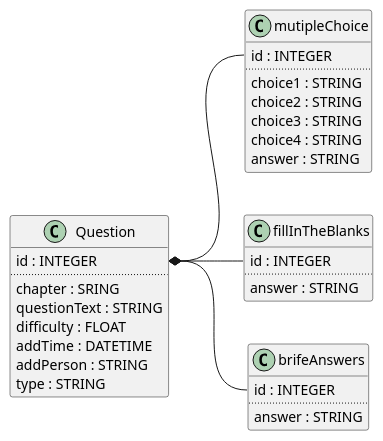
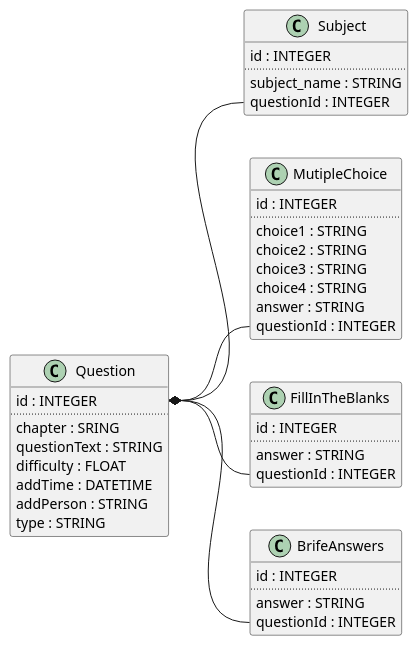
The diagram in ER/Models.puml (Chandler-Bang/QR_Class), drawn with PlantUML before and after one commit. The commit also changed 10 other files, not shown here.

```diff
--- a/ER/Models.puml
+++ b/ER/Models.puml
@@ -1,39 +1,50 @@
 @startuml Models
 left to right direction
+class Subject{
+    id : INTEGER
+    ..
+    subject_name : STRING
+    questionId : INTEGER
+}
 class Question{
     id : INTEGER
     ..
     chapter : SRING
     questionText : STRING
     difficulty : FLOAT
     addTime : DATETIME
     addPerson : STRING
     type : STRING
 }
 
-class mutipleChoice{
+class MutipleChoice{
     id : INTEGER
     ..
     choice1 : STRING
     choice2 : STRING
     choice3 : STRING
     choice4 : STRING
     answer : STRING
+    questionId : INTEGER
 }
 
-class fillInTheBlanks{
+class FillInTheBlanks{
     id : INTEGER
     ..
     answer : STRING
+    questionId : INTEGER
 }
 
-class brifeAnswers{
+class BrifeAnswers{
     id : INTEGER
     ..
     answer : STRING
+    questionId : INTEGER
 }
 
-Question::id *-- mutipleChoice::id
-Question::id *-- fillInTheBlanks::id
-Question::id *-- brifeAnswers::id
+Question::id *-- MutipleChoice::questionId
+Question::id *-- FillInTheBlanks::questionId
+Question::id *-- BrifeAnswers::questionId
+Question::id *-- Subject::questionId
+
 @enduml
```
